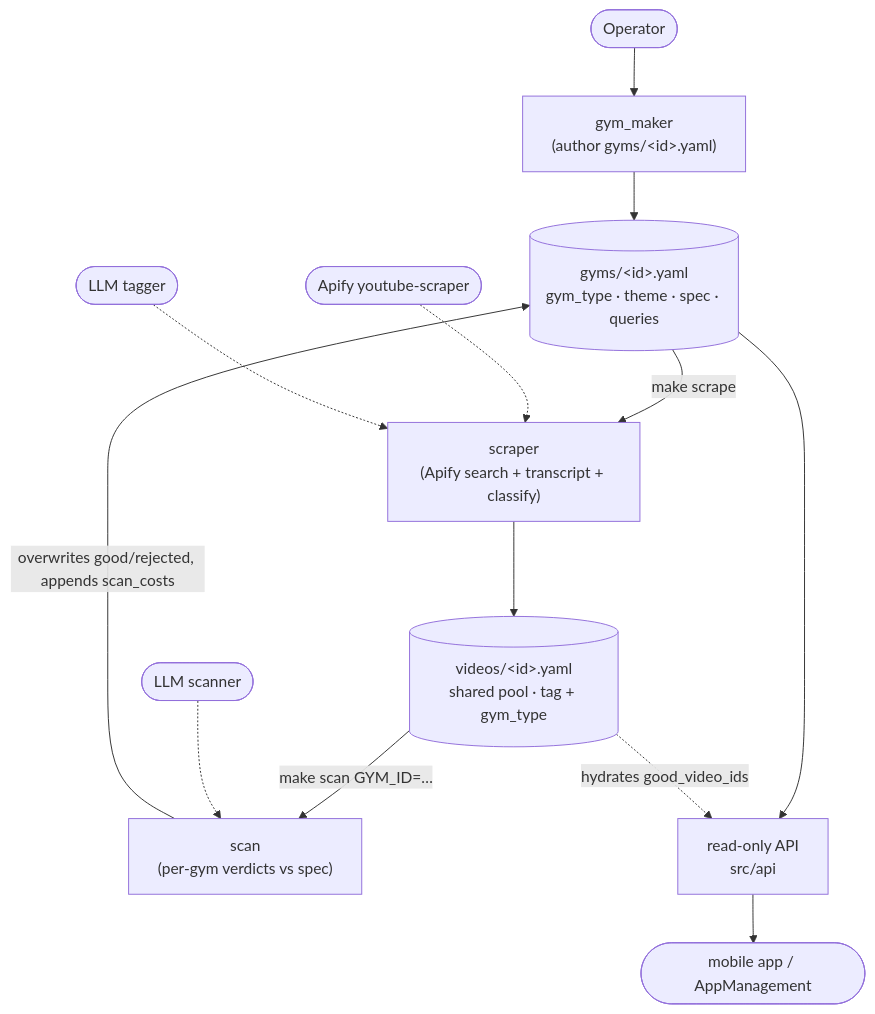
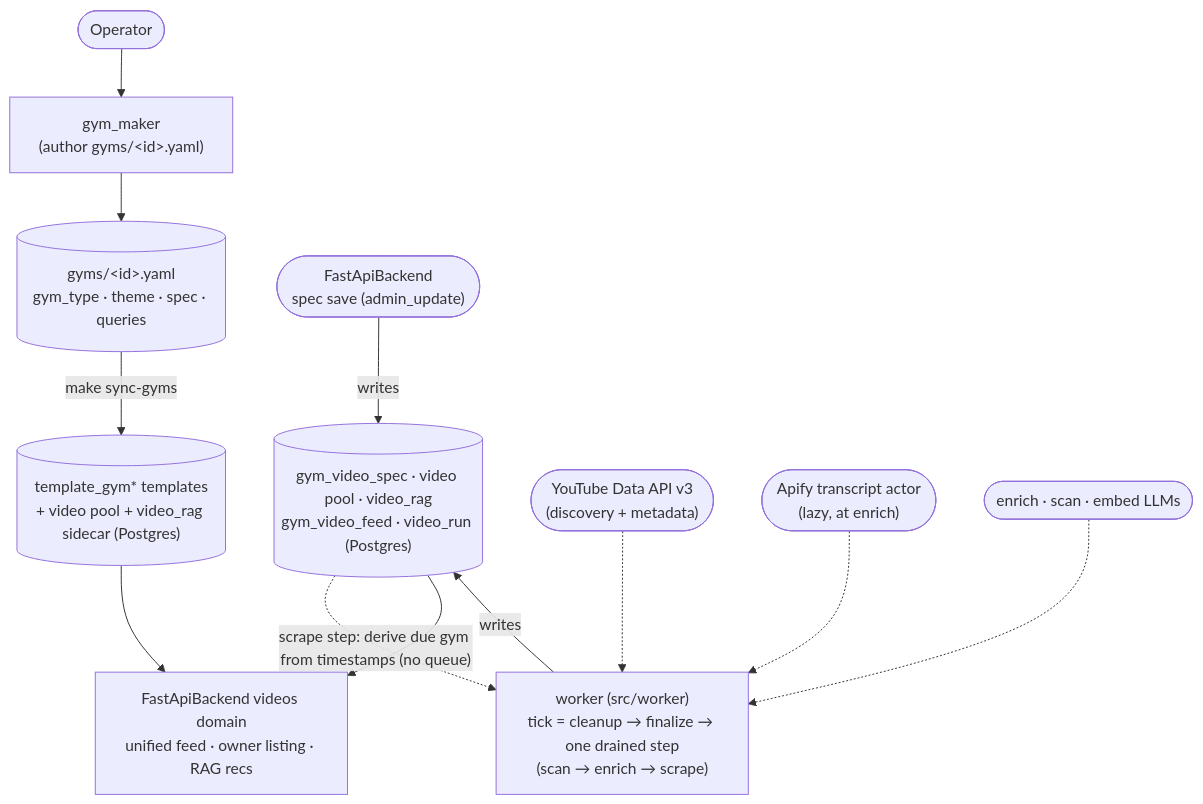
Before and after one commit to jesse51002/CombatDen: the diagram in VideoService/README.md, drawn with Mermaid. The commit also changed other lines of this file and 280 other files, not shown here.

First line of the commit message:
Video worker + RAG recommendations + multi-step query gen (#53)

````diff
--- a/VideoService/README.md
+++ b/VideoService/README.md
@@ -80,18 +86,17 @@
 ```mermaid
 flowchart TD
     human(["Operator"]) --> maker["gym_maker<br/>(author gyms/&lt;id&gt;.yaml)"]
     maker --> gym[("gyms/&lt;id&gt;.yaml<br/>gym_type · theme · spec · queries")]
+    gym -->|make sync-gyms| tmpl[("template_gym* templates<br/>+ video pool + video_rag sidecar (Postgres)")]
 
-    gym -->|make scrape| scraper["scraper<br/>(Apify search + transcript + classify)"]
-    apify(["Apify youtube-scraper"]) -.-> scraper
-    llm1(["LLM tagger"]) -.-> scraper
-    scraper --> pool[("videos/&lt;id&gt;.yaml<br/>shared pool · tag + gym_type")]
+    backend(["FastApiBackend<br/>spec save (admin_update)"]) -->|writes| real[("gym_video_spec · video pool · video_rag<br/>gym_video_feed · video_run (Postgres)")]
+    real -.->|"scrape step: derive due gym from timestamps (no queue)"| worker["worker (src/worker)<br/>tick = cleanup → finalize → one drained step<br/>(scan → enrich → scrape)"]
+    youtube(["YouTube Data API v3<br/>(discovery + metadata)"]) -.-> worker
+    apify(["Apify transcript actor<br/>(lazy, at enrich)"]) -.-> worker
+    llm(["enrich · scan · embed LLMs"]) -.-> worker
+    worker -->|writes| real
 
-    pool -->|make scan GYM_ID=…| scan["scan<br/>(per-gym verdicts vs spec)"]
-    llm2(["LLM scanner"]) -.-> scan
-    scan -->|overwrites good/rejected, appends scan_costs| gym
-
-    gym --> api["read-only API<br/>src/api"]
-    pool -.->|hydrates good_video_ids| api
-    api --> clients(["mobile app / AppManagement"])
+    fb["FastApiBackend videos domain<br/>unified feed · owner listing · RAG recs"]
+    tmpl --> fb
+    real --> fb
 ```
````
